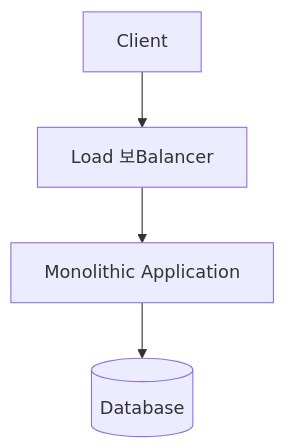
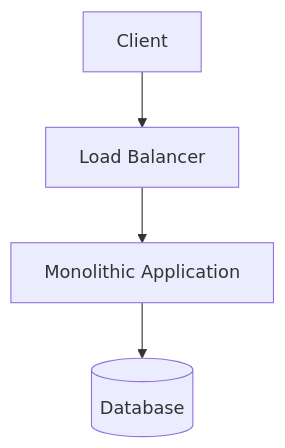
The third of 7 diagrams in README.md (CodeLab-1325/Architecture), drawn with Mermaid before and after one commit. The commit also changed other lines of this file, not shown here.

````diff
--- a/README.md
+++ b/README.md
@@ -85,6 +85,6 @@
 ```mermaid
 graph TD
-    Client[Client] --> LB[Load 보Balancer]
-    LB --> App[Monolithic Application]
-    App --> DB[(Database)]
+    Client["Client"] --> LB["Load Balancer"]
+    LB --> App["Monolithic Application"]
+    App --> DB[("Database")]
 ```
````
